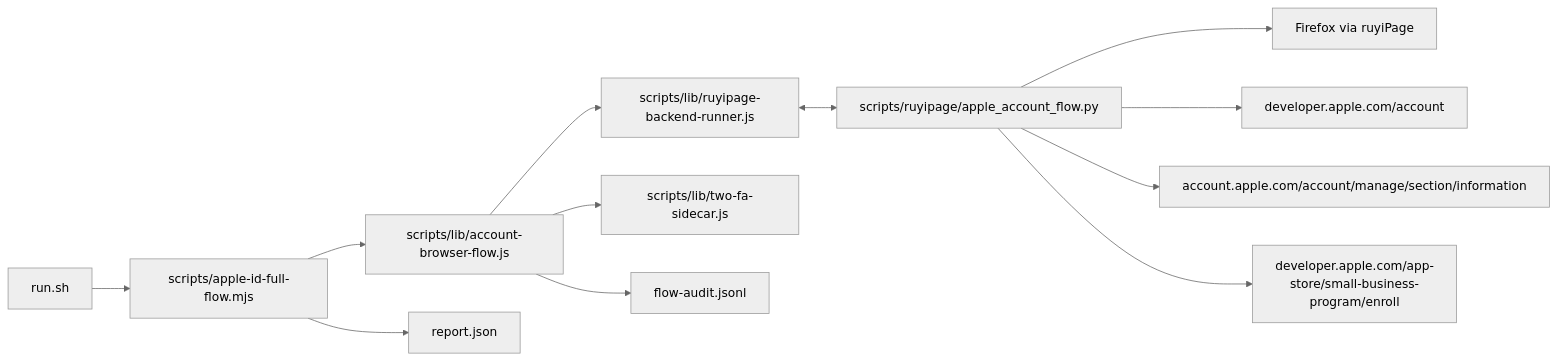
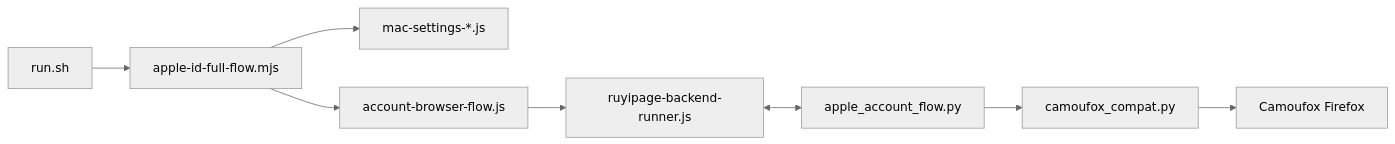
The diagram in docs/PROJECT.md (jiahaoyin/AutoMation), drawn with Mermaid (neutral theme) before and after one commit. The commit also changed other lines of this file and 56 other files, not shown here.

First line of the commit message:
feat: switch browser automation from ruyiPage to Camoufox FF152

```diff
--- a/docs/PROJECT.md
+++ b/docs/PROJECT.md
@@ -21,14 +18,10 @@
 ~~~mermaid
 flowchart LR
-    Launcher[run.sh] --> Main[scripts/apple-id-full-flow.mjs]
-    Main --> Browser[scripts/lib/account-browser-flow.js]
-    Browser --> Runner[scripts/lib/ruyipage-backend-runner.js]
-    Runner <--> Python[scripts/ruyipage/apple_account_flow.py]
-    Browser --> TwoFA[scripts/lib/two-fa-sidecar.js]
-    Browser --> Audit[flow-audit.jsonl]
-    Main --> Report[report.json]
-    Python --> Firefox[Firefox via ruyiPage]
-    Python --> Dev[developer.apple.com/account]
-    Python --> Account[account.apple.com/account/manage/section/information]
-    Python --> SmallBiz[developer.apple.com/app-store/small-business-program/enroll]
+    Launcher[run.sh] --> Main[apple-id-full-flow.mjs]
+    Main --> Settings[mac-settings-*.js]
+    Main --> Browser[account-browser-flow.js]
+    Browser --> Runner[ruyipage-backend-runner.js]
+    Runner <--> Python[apple_account_flow.py]
+    Python --> Compat[camoufox_compat.py]
+    Compat --> Camoufox[Camoufox Firefox]
 ~~~
```
